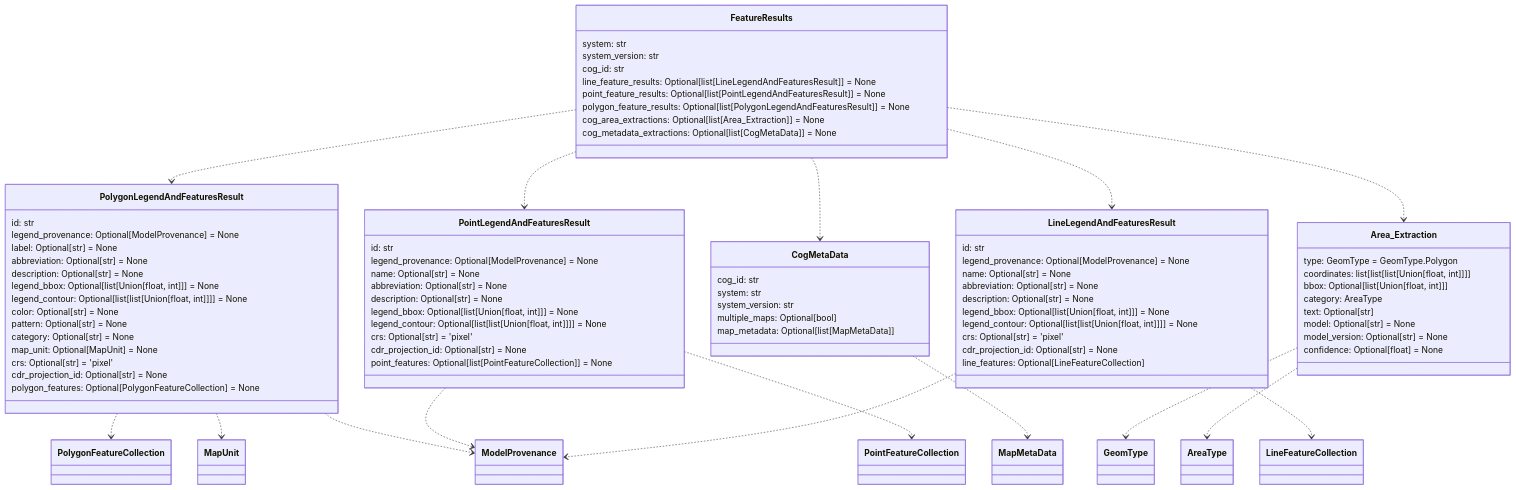
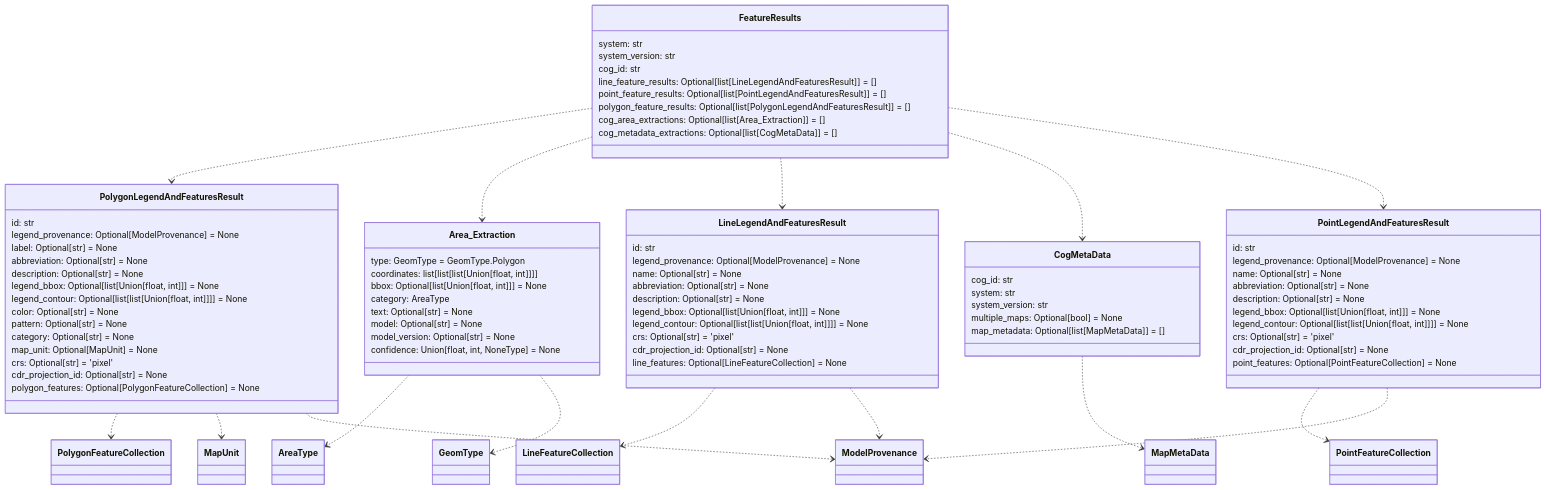
Before and after one commit to DARPA-CRITICALMAAS/cdr_schemas: the fourth of 12 diagrams in README.md, drawn with Mermaid. The commit also changed other lines of this file and 15 other files, not shown here.

````diff
--- a/README.md
+++ b/README.md
@@ -268,47 +268,15 @@
         polygon_features: Optional[PolygonFeatureCollection] = None
     }
 
-    class PointLegendAndFeaturesResult {
-        id: str
-        legend_provenance: Optional[ModelProvenance] = None
-        name: Optional[str] = None
-        abbreviation: Optional[str] = None
-        description: Optional[str] = None
-        legend_bbox: Optional[list[Union[float, int]]] = None
-        legend_contour: Optional[list[list[Union[float, int]]]] = None
-        crs: Optional[str] = 'pixel'
-        cdr_projection_id: Optional[str] = None
-        point_features: Optional[list[PointFeatureCollection]] = None
-    }
-
-    class CogMetaData {
-        cog_id: str
-        system: str
-        system_version: str
-        multiple_maps: Optional[bool]
-        map_metadata: Optional[list[MapMetaData]]
-    }
-
-    class FeatureResults {
-        system: str
-        system_version: str
-        cog_id: str
-        line_feature_results: Optional[list[LineLegendAndFeaturesResult]] = None
-        point_feature_results: Optional[list[PointLegendAndFeaturesResult]] = None
-        polygon_feature_results: Optional[list[PolygonLegendAndFeaturesResult]] = None
-        cog_area_extractions: Optional[list[Area_Extraction]] = None
-        cog_metadata_extractions: Optional[list[CogMetaData]] = None
-    }
-
     class Area_Extraction {
         type: GeomType = GeomType.Polygon
         coordinates: list[list[list[Union[float, int]]]]
-        bbox: Optional[list[Union[float, int]]]
+        bbox: Optional[list[Union[float, int]]] = None
         category: AreaType
-        text: Optional[str]
+        text: Optional[str] = None
         model: Optional[str] = None
         model_version: Optional[str] = None
-        confidence: Optional[float] = None
+        confidence: Union[float, int, NoneType] = None
     }
 
     class LineLegendAndFeaturesResult {
@@ -321,24 +289,56 @@
         legend_contour: Optional[list[list[Union[float, int]]]] = None
         crs: Optional[str] = 'pixel'
         cdr_projection_id: Optional[str] = None
-        line_features: Optional[LineFeatureCollection]
+        line_features: Optional[LineFeatureCollection] = None
     }
 
+    class FeatureResults {
+        system: str
+        system_version: str
+        cog_id: str
+        line_feature_results: Optional[list[LineLegendAndFeaturesResult]] = []
+        point_feature_results: Optional[list[PointLegendAndFeaturesResult]] = []
+        polygon_feature_results: Optional[list[PolygonLegendAndFeaturesResult]] = []
+        cog_area_extractions: Optional[list[Area_Extraction]] = []
+        cog_metadata_extractions: Optional[list[CogMetaData]] = []
+    }
+
+    class CogMetaData {
+        cog_id: str
+        system: str
+        system_version: str
+        multiple_maps: Optional[bool] = None
+        map_metadata: Optional[list[MapMetaData]] = []
+    }
+
+    class PointLegendAndFeaturesResult {
+        id: str
+        legend_provenance: Optional[ModelProvenance] = None
+        name: Optional[str] = None
+        abbreviation: Optional[str] = None
+        description: Optional[str] = None
+        legend_bbox: Optional[list[Union[float, int]]] = None
+        legend_contour: Optional[list[list[Union[float, int]]]] = None
+        crs: Optional[str] = 'pixel'
+        cdr_projection_id: Optional[str] = None
+        point_features: Optional[PointFeatureCollection] = None
+    }
+
+    Area_Extraction ..> AreaType
     Area_Extraction ..> GeomType
-    Area_Extraction ..> AreaType
+    LineLegendAndFeaturesResult ..> LineFeatureCollection
     LineLegendAndFeaturesResult ..> ModelProvenance
-    LineLegendAndFeaturesResult ..> LineFeatureCollection
+    PointLegendAndFeaturesResult ..> PointFeatureCollection
     PointLegendAndFeaturesResult ..> ModelProvenance
-    PointLegendAndFeaturesResult ..> PointFeatureCollection
-    PolygonLegendAndFeaturesResult ..> ModelProvenance
     PolygonLegendAndFeaturesResult ..> PolygonFeatureCollection
     PolygonLegendAndFeaturesResult ..> MapUnit
+    PolygonLegendAndFeaturesResult ..> ModelProvenance
     CogMetaData ..> MapMetaData
     FeatureResults ..> PolygonLegendAndFeaturesResult
-    FeatureResults ..> PointLegendAndFeaturesResult
-    FeatureResults ..> CogMetaData
     FeatureResults ..> Area_Extraction
     FeatureResults ..> LineLegendAndFeaturesResult
+    FeatureResults ..> CogMetaData
+    FeatureResults ..> PointLegendAndFeaturesResult
 
 
 ```
````
